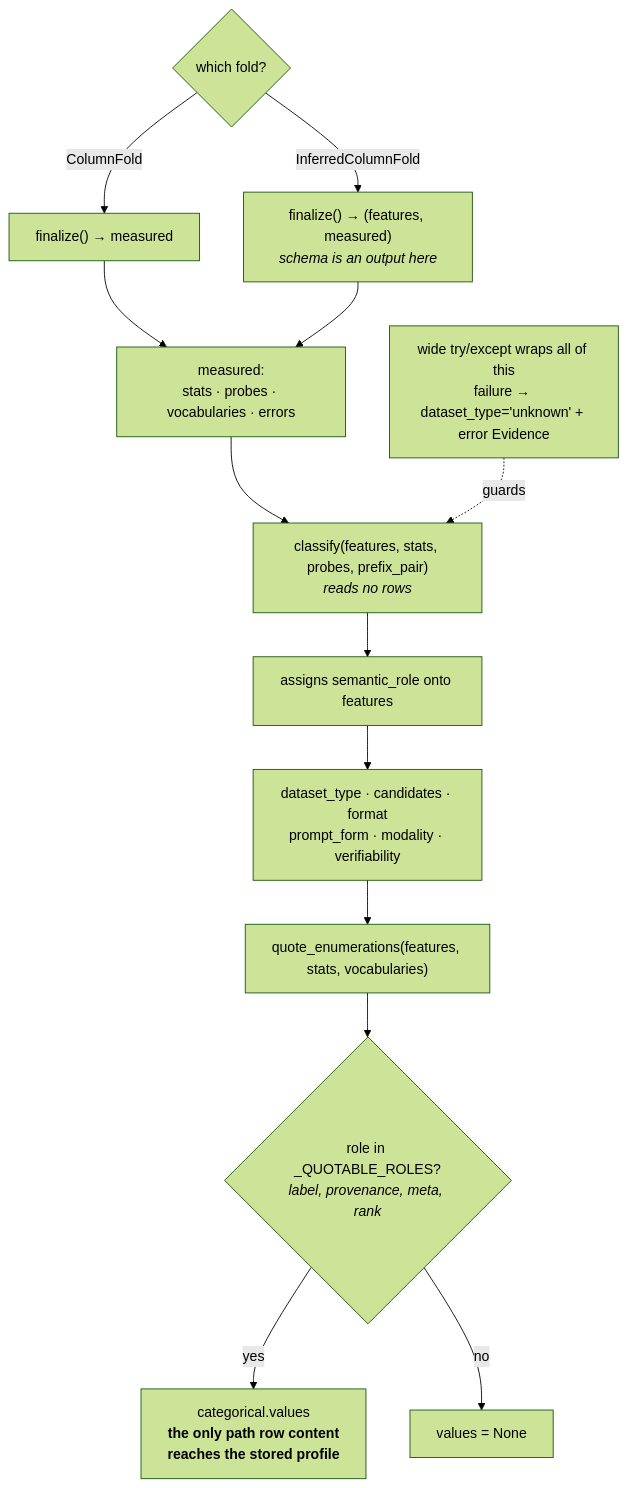
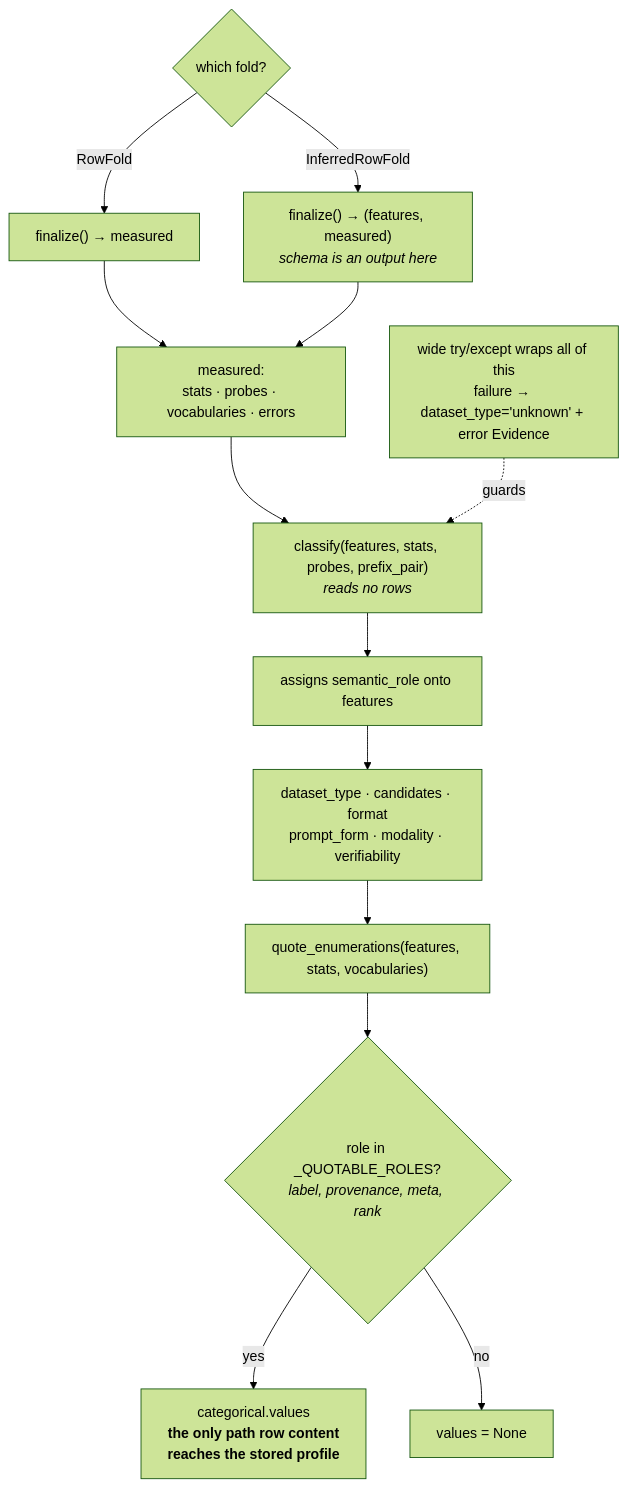
Before and after one commit to NVIDIA-NeMo/nemo-platform: the third of 3 diagrams in plugins/nemo-datasets/README.md, drawn with Mermaid (forest theme). The commit also changed other lines of this file and 2 other files, not shown here.

````diff
--- a/plugins/nemo-datasets/README.md
+++ b/plugins/nemo-datasets/README.md
@@ -132,21 +132,21 @@
 ```mermaid
 flowchart TD
     FIN{"which fold?"}
-    FIN -->|"ColumnFold"| F1["finalize() → measured"]
-    FIN -->|"InferredColumnFold"| F2["finalize() → (features, measured)<br/><i>schema is an output here</i>"]
+    FIN -->|"RowFold"| F1["finalize() → measured"]
+    FIN -->|"InferredRowFold"| F2["finalize() → (features, measured)<br/><i>schema is an output here</i>"]
 
     F1 --> M["measured:<br/>stats · probes · vocabularies · errors"]
     F2 --> M
 
     M --> CLS["classify(features, stats, probes, prefix_pair)<br/><i>reads no rows</i>"]
     CLS --> ROLES["assigns semantic_role onto features"]
     ROLES --> AXES["dataset_type · candidates · format<br/>prompt_form · modality · verifiability"]
 
     AXES --> QUOTE["quote_enumerations(features, stats, vocabularies)"]
     QUOTE --> GATE{"role in _QUOTABLE_ROLES?<br/><i>label, provenance, meta, rank</i>"}
     GATE -->|"yes"| VALS["categorical.values<br/><b>the only path row content<br/>reaches the stored profile</b>"]
     GATE -->|"no"| NONE["values = None"]
 
     GUARD["wide try/except wraps all of this<br/>failure → dataset_type='unknown' + error Evidence"]
     GUARD -.->|"guards"| CLS
 ```
````
